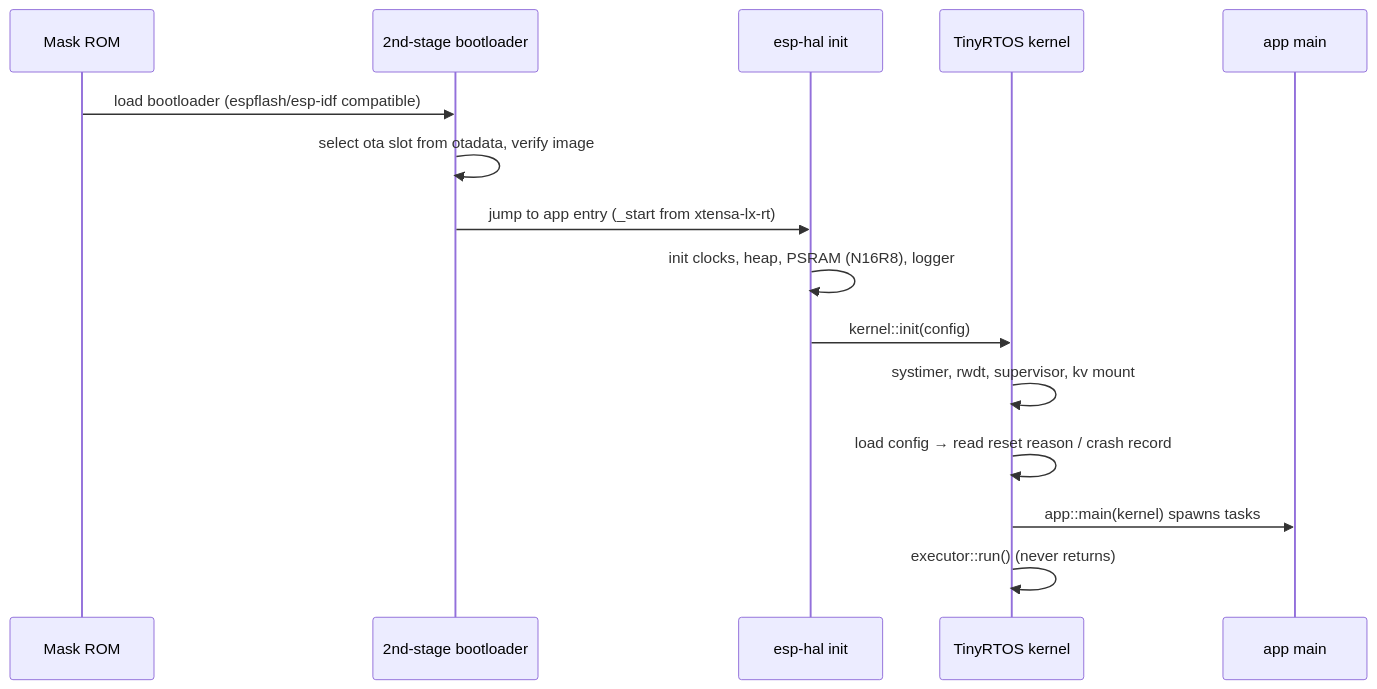
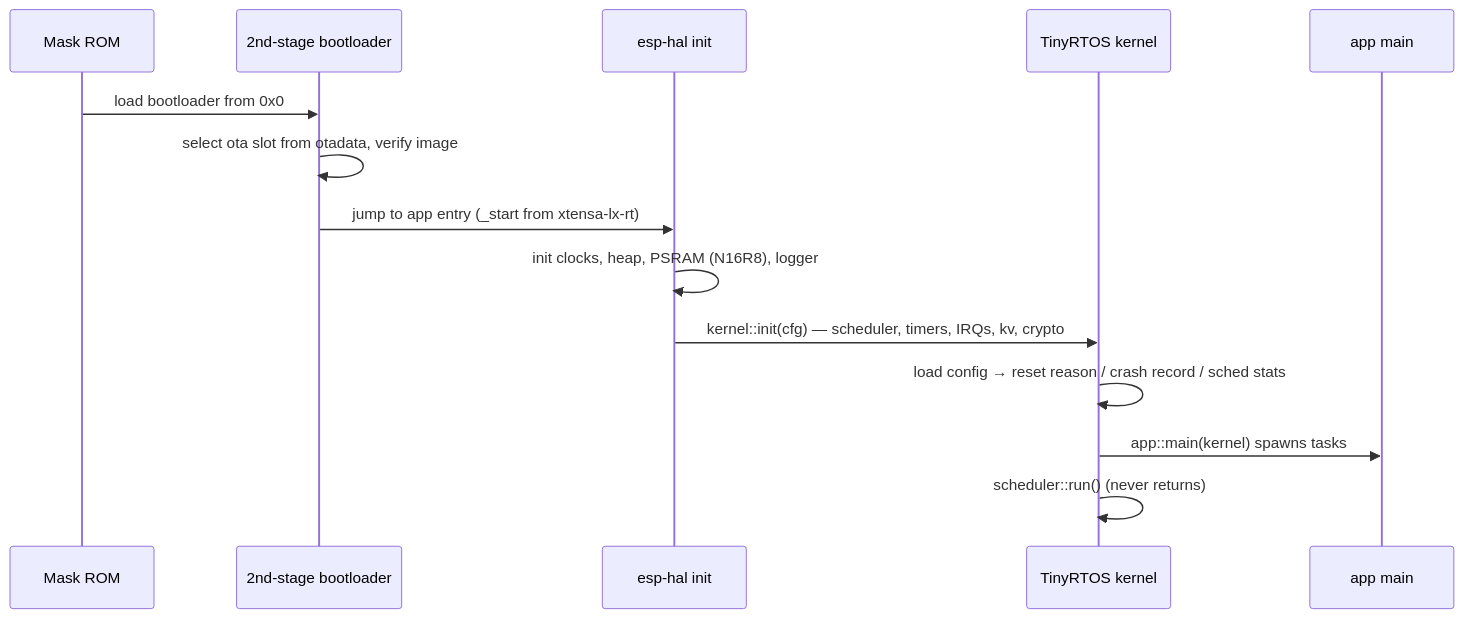
One commit to sprchuoi/esp_sdk_rustc changed the diagram in docs/ARCHITECTURE.md. Above: the diagram before and after it, drawn with Mermaid. The commit also changed other lines of this file and 2 other files, not shown here.

First line of the commit message:
docs: expand SDK scope — scheduler, interrupts, logging, crypto, DMA, sleep

````diff
--- a/docs/ARCHITECTURE.md
+++ b/docs/ARCHITECTURE.md
@@ -40,18 +41,17 @@
 ```mermaid
 sequenceDiagram
   participant ROM as Mask ROM
   participant BL as 2nd-stage bootloader
   participant HAL as esp-hal init
   participant K as TinyRTOS kernel
   participant APP as app main
 
-  ROM->>BL: load bootloader (espflash/esp-idf compatible)
+  ROM->>BL: load bootloader from 0x0
   BL->>BL: select ota slot from otadata, verify image
   BL->>HAL: jump to app entry (_start from xtensa-lx-rt)
   HAL->>HAL: init clocks, heap, PSRAM (N16R8), logger
-  HAL->>K: kernel::init(config)
-  K->>K: systimer, rwdt, supervisor, kv mount
-  K->>K: load config → read reset reason / crash record
+  HAL->>K: kernel::init(cfg) — scheduler, timers, IRQs, kv, crypto
+  K->>K: load config → reset reason / crash record / sched stats
   K->>APP: app::main(kernel) spawns tasks
-  K->>K: executor::run() (never returns)
+  K->>K: scheduler::run() (never returns)
 ```
````
